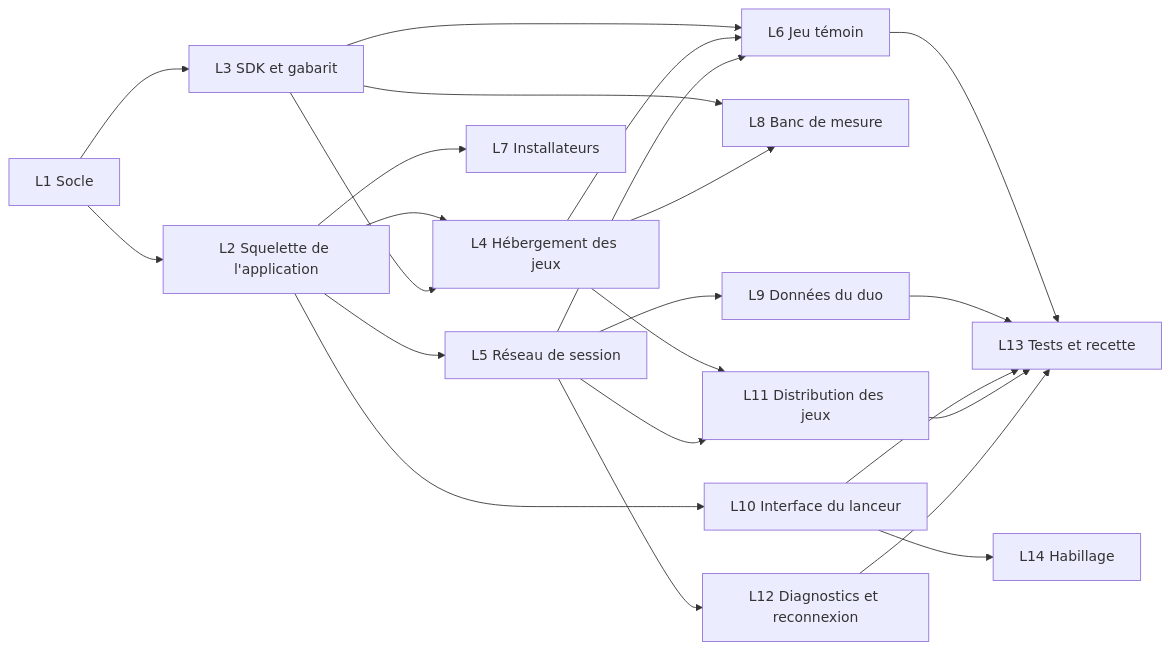
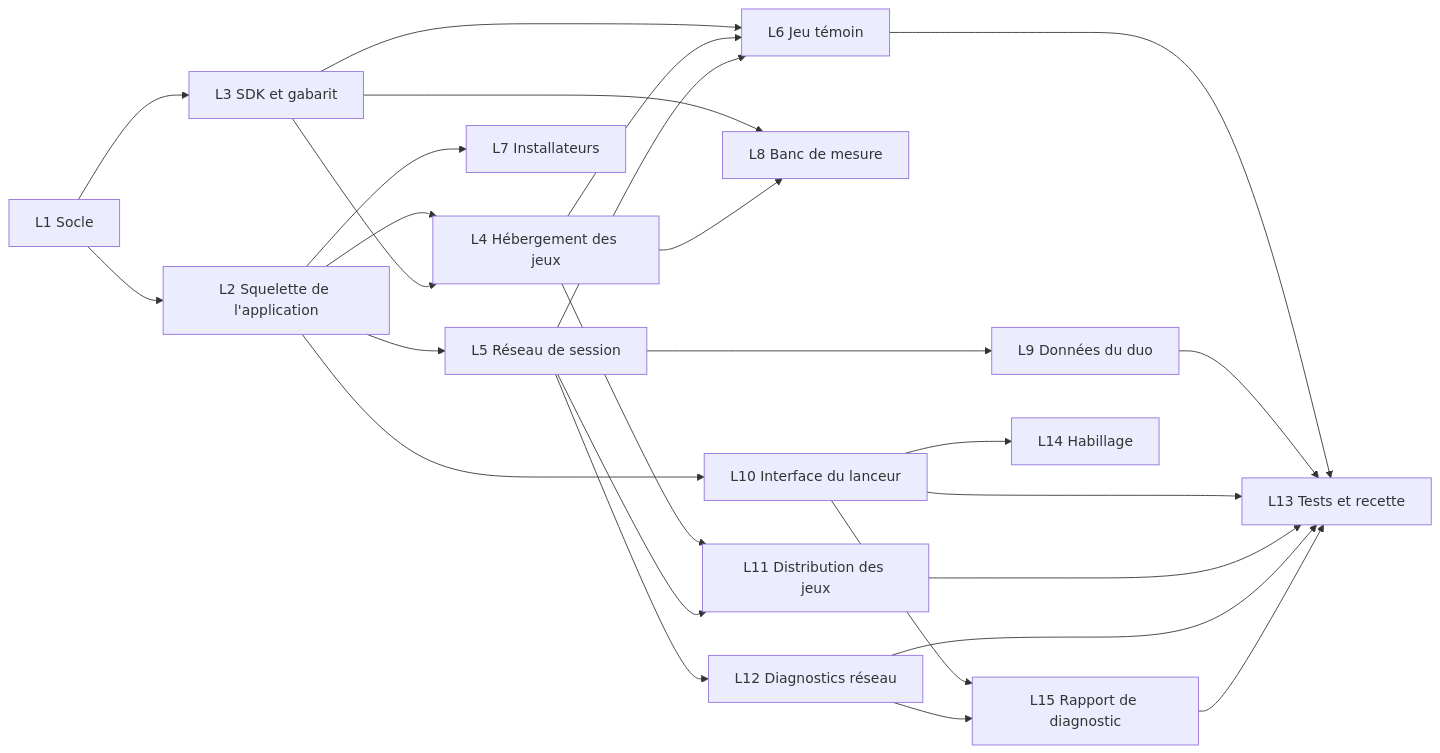
One commit to Haeev/duo changed the fifth of 5 diagrams in docs/plateforme/architecture.md. Above: the diagram before and after it, drawn with Mermaid. The commit also changed other lines of this file and 152 other files, not shown here.

````diff
--- a/docs/plateforme/architecture.md
+++ b/docs/plateforme/architecture.md
@@ -711,25 +642,28 @@
 ```mermaid
 flowchart LR
   L1["L1 Socle"] --> L2["L2 Squelette de l'application"]
   L1 --> L3["L3 SDK et gabarit"]
   L2 --> L4["L4 Hébergement des jeux"]
   L3 --> L4
   L2 --> L5["L5 Réseau de session"]
   L3 --> L6["L6 Jeu témoin"]
   L4 --> L6
   L5 --> L6
   L2 --> L7["L7 Installateurs"]
   L3 --> L8["L8 Banc de mesure"]
   L4 --> L8
   L5 --> L9["L9 Données du duo"]
   L2 --> L10["L10 Interface du lanceur"]
   L4 --> L11["L11 Distribution des jeux"]
   L5 --> L11
-  L5 --> L12["L12 Diagnostics et reconnexion"]
+  L5 --> L12["L12 Diagnostics réseau"]
+  L10 --> L15["L15 Rapport de diagnostic"]
+  L12 --> L15
   L6 --> L13["L13 Tests et recette"]
   L9 --> L13
   L10 --> L13
   L11 --> L13
   L12 --> L13
+  L15 --> L13
   L10 --> L14["L14 Habillage"]
 ```
````
